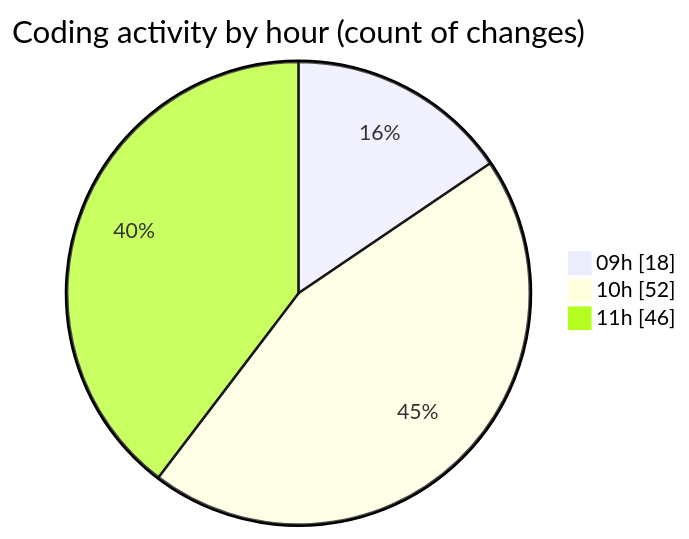
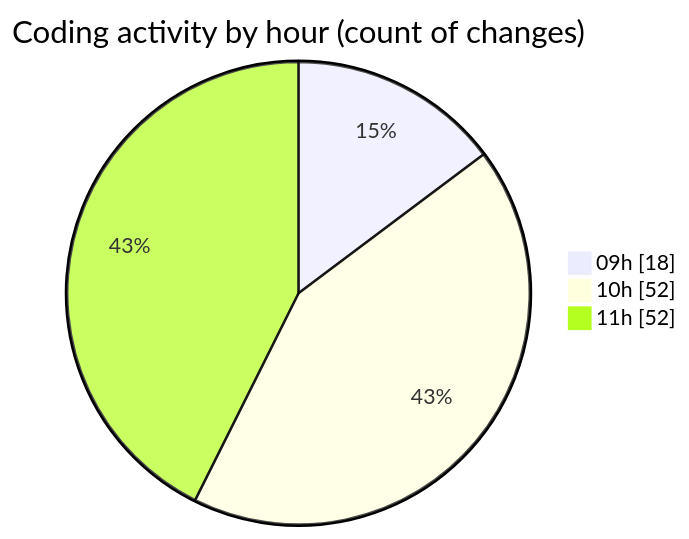
Before and after one commit to momahboobian/code-tracking: the second of 2 diagrams in 2025-03-21/cda/README.md, drawn with Mermaid. The commit also changed other lines of this file and 1 other file, not shown here.

````diff
--- a/2025-03-21/cda/README.md
+++ b/2025-03-21/cda/README.md
@@ -42,7 +42,7 @@
 ```mermaid
 pie showData
 title Coding activity by hour (count of changes)
 "09h" : 18
 "10h" : 52
-"11h" : 46
+"11h" : 52
 ```
````
